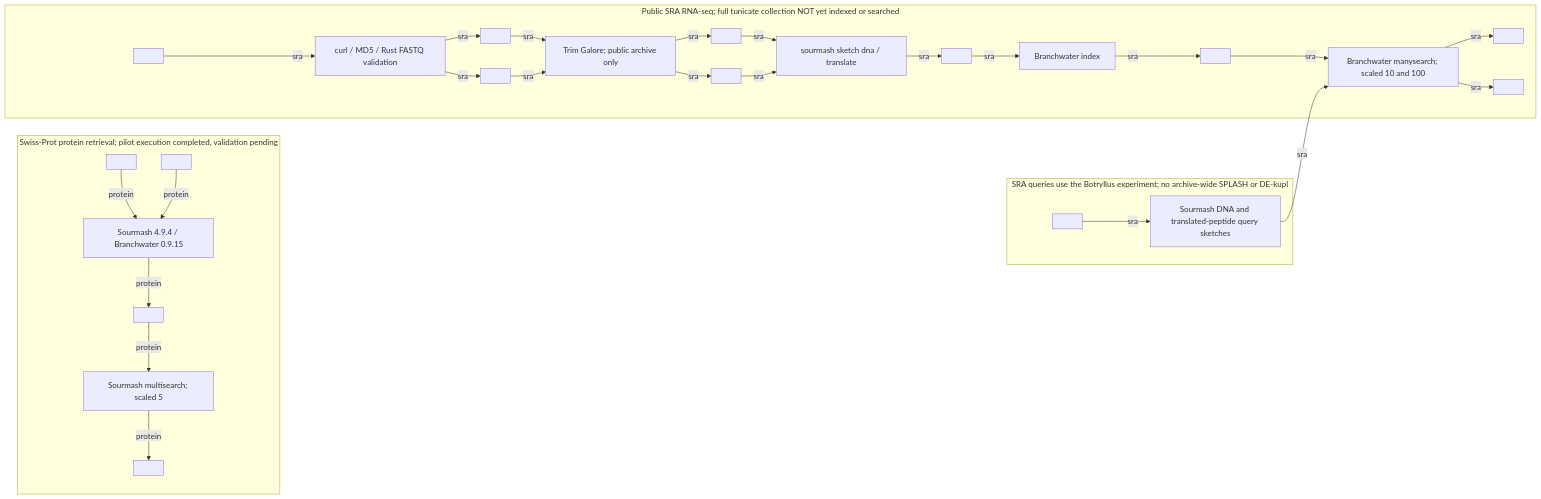
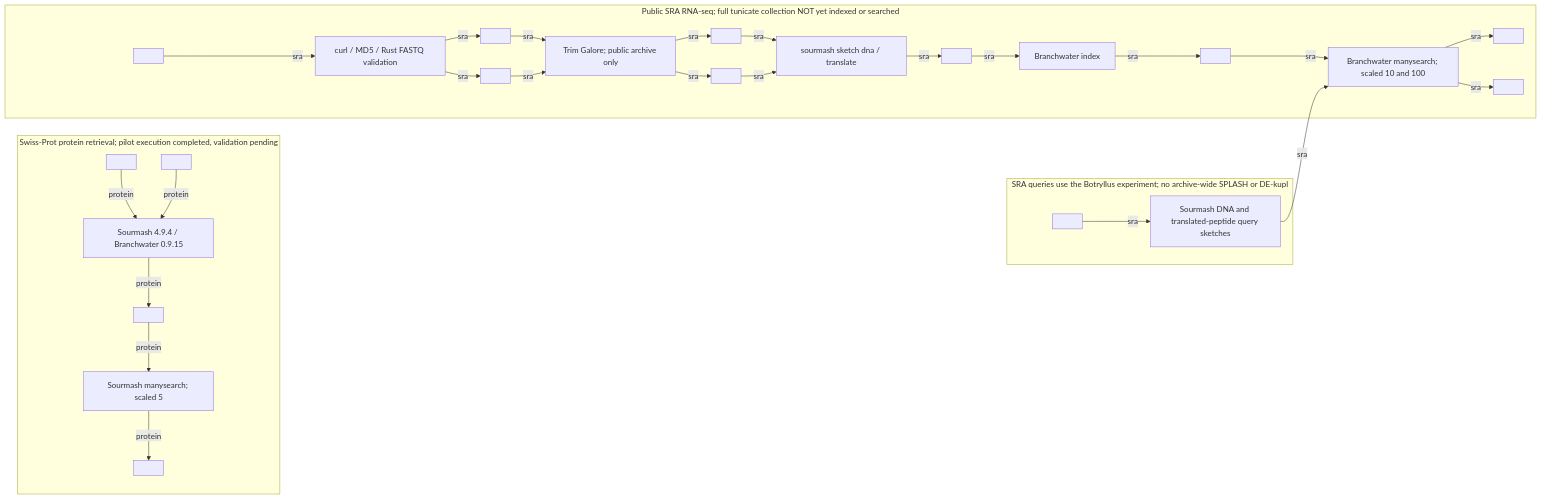
The diagram in reports/botryllus-shazam/metro/search-collections.mmd (seanome/2024-kmerseek-analysis), drawn with Mermaid before and after one commit. The commit also changed 16 other files, not shown here.

First line of the commit message:
Use Branchwater manysearch for both protein references and SRA

```diff
--- a/reports/botryllus-shazam/metro/search-collections.mmd
+++ b/reports/botryllus-shazam/metro/search-collections.mmd
@@ -1,71 +1,71 @@
 %%metro title: 0. Search collections — Swiss-Prot proteins AND public SRA RNA-seq
 %%metro style: nfcore
 %%metro legend: tl
 %%metro line: protein | Protein reference search | #0072B2
 %%metro line: sra | Public SRA occurrence search | #D55E00 | dashed
 %%metro file: querydna | FASTA | Botryllus-experiment DNA extensions
 %%metro file: querypep | FASTA | Botryllus-experiment peptide fragments
 %%metro file: swiss | FASTA.gz | Swiss-Prot; 575748 reference proteins
 %%metro file: swiss_sig | SIG.zip | Protein7 / Dayhoff12 / HP30; scaled 5
 %%metro file: swiss_hits | CSV | Swiss-Prot candidate matches; validation required
 %%metro file: sra_manifest | TSV.gz | Public tunicates; 5776-run inventory complete
 %%metro file: sra_r1 | FASTQ.gz | Public SRA read 1; archive files via ENA
 %%metro file: sra_r2 | FASTQ.gz | Public SRA read 2; paired libraries only
 %%metro file: sra_trim1 | FQ.gz | Trimmed public SRA read 1
 %%metro file: sra_trim2 | FQ.gz | Trimmed public SRA read 2
 %%metro file: sra_sig | SIG.zip | DNA31 / protein7 / Dayhoff12 / HP30; scaled 10 and 100
 %%metro dir: sra_index | RocksDB | Run index directory; same runs at both scales
 %%metro file: sra_hits | CSV | Query-to-public-run occurrence matches
 %%metro file: coverage | JSON | Indexed runs/studies; empty-query denominators
 
 graph LR
  subgraph protein_reference [Swiss-Prot protein retrieval; pilot execution completed, validation pending]
   querypep[ ]
   swiss[ ]
   protein_sketch[Sourmash 4.9.4 / Branchwater 0.9.15]
   swiss_sig[ ]
-  protein_search[Sourmash multisearch; scaled 5]
+  protein_search[Sourmash manysearch; scaled 5]
   swiss_hits[ ]
   querypep -->|protein| protein_sketch
   swiss -->|protein| protein_sketch
   protein_sketch -->|protein| swiss_sig
   swiss_sig -->|protein| protein_search
   protein_search -->|protein| swiss_hits
  end
  subgraph public_sra [Public SRA RNA-seq; full tunicate collection NOT yet indexed or searched]
   sra_manifest[ ]
   fetch[curl / MD5 / Rust FASTQ validation]
   sra_r1[ ]
   sra_r2[ ]
   trim[Trim Galore; public archive only]
   sra_trim1[ ]
   sra_trim2[ ]
   sra_sketch[sourmash sketch dna / translate]
   sra_sig[ ]
   index[Branchwater index]
   sra_index[ ]
   occurrence[Branchwater manysearch; scaled 10 and 100]
   sra_hits[ ]
   coverage[ ]
   sra_manifest -->|sra| fetch
   fetch -->|sra| sra_r1
   fetch -->|sra| sra_r2
   sra_r1 -->|sra| trim
   sra_r2 -->|sra| trim
   trim -->|sra| sra_trim1
   trim -->|sra| sra_trim2
   sra_trim1 -->|sra| sra_sketch
   sra_trim2 -->|sra| sra_sketch
   sra_sketch -->|sra| sra_sig
   sra_sig -->|sra| index
   index -->|sra| sra_index
   sra_index -->|sra| occurrence
   occurrence -->|sra| sra_hits
   occurrence -->|sra| coverage
  end
  subgraph dna_query [SRA queries use the Botryllus experiment; no archive-wide SPLASH or DE-kupl]
   querydna[ ]
   query_sketch[Sourmash DNA and translated-peptide query sketches]
   querydna -->|sra| query_sketch
  end
  query_sketch -->|sra| occurrence
```
